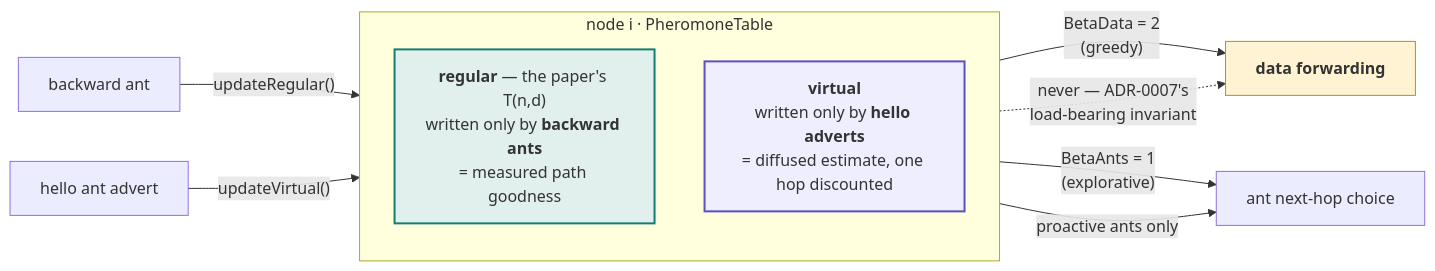
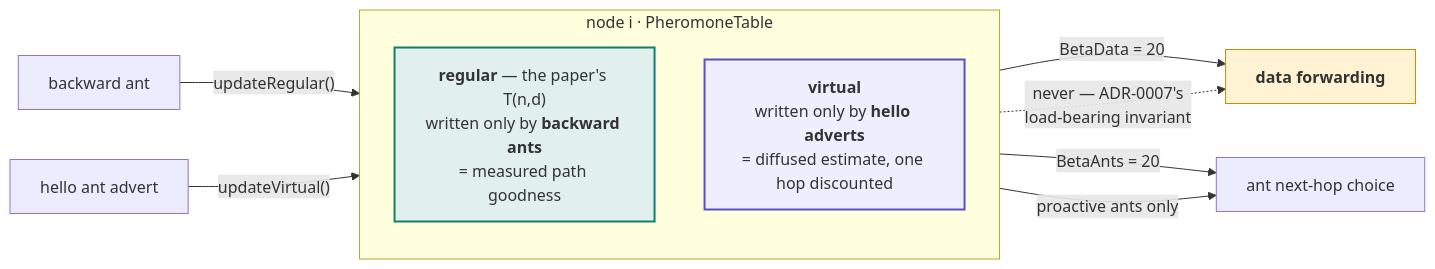
One commit to danieljoppi/AntHocNet changed the first of 2 diagrams in docs/ant-colony-routing.md. Above: the diagram before and after it, drawn with Mermaid. The commit also changed other lines of this file and 12 other files, not shown here.

First line of the commit message:
feat(core): adopt the thesis's pheromone exponents, betaAnts = betaData = 20

````diff
--- a/docs/ant-colony-routing.md
+++ b/docs/ant-colony-routing.md
@@ -316,20 +321,20 @@
 ```mermaid
 flowchart LR
     subgraph NODE["node i · PheromoneTable"]
         direction TB
         REG["<b>regular</b> — the paper's T(n,d)<br/>written only by <b>backward ants</b><br/>= measured path goodness"]
         VIRT["<b>virtual</b><br/>written only by <b>hello adverts</b><br/>= diffused estimate, one hop discounted"]
     end
 
     BA["backward ant"] -->|"updateRegular()"| REG
     HE["hello ant advert"] -->|"updateVirtual()"| VIRT
 
-    REG -->|"BetaData = 2<br/>(greedy)"| DATA["<b>data forwarding</b>"]
-    REG -->|"BetaAnts = 1<br/>(explorative)"| ANTS["ant next-hop choice"]
+    REG -->|"BetaData = 20"| DATA["<b>data forwarding</b>"]
+    REG -->|"BetaAnts = 20"| ANTS["ant next-hop choice"]
     VIRT -->|"proactive ants only"| ANTS
     VIRT -.->|"never — ADR-0007's<br/>load-bearing invariant"| DATA
 
     style REG fill:#e2f0ed,stroke:#0f7f70,stroke-width:2px
     style VIRT fill:#eef,stroke:#5b4fc4,stroke-width:2px
     style DATA fill:#fff3d4,stroke:#c48f00
 ```
````
